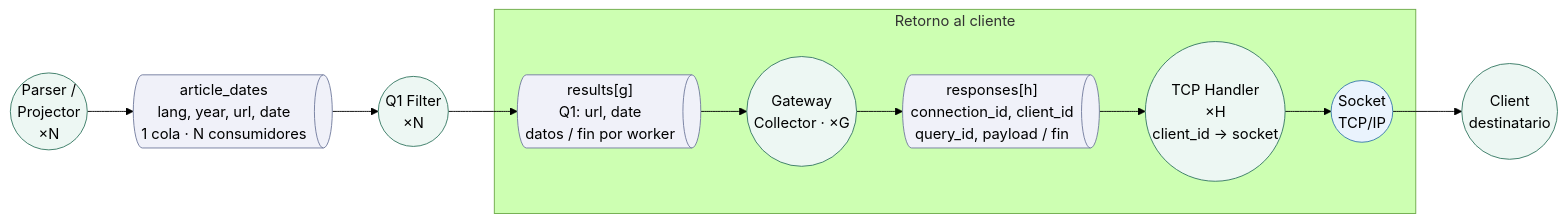
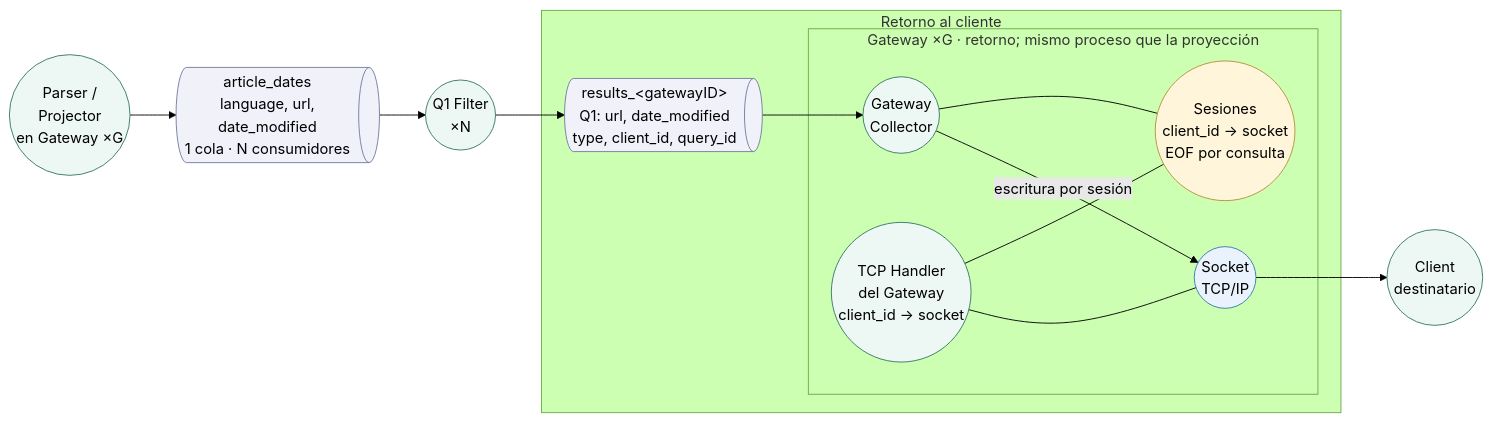
The diagram in Diagramas/Robustez/DIagrama-robustez-q1.mmd (NicoPodesta/trabajo-final-distribuidos), drawn with Mermaid (forest theme) before and after one commit. The commit also changed 13 other files, not shown here.

Commit message:
Docs: Diagramas de robustez

```diff
--- a/Diagramas/Robustez/DIagrama-robustez-q1.mmd
+++ b/Diagramas/Robustez/DIagrama-robustez-q1.mmd
@@ -1,36 +1,41 @@
 %% Q1 · artículos en inglés hasta 2020
 %% Fuente semántica; SVG y PNG usan una distribución fija para conservar legibilidad.
-%% Cierres: notificación a todos los participantes después de procesar sus datos.
+%% Réplicas: se conserva el diseño previsto; la coordinación de cierre aún tiene pendientes.
+%% Parser, TCP Handler y Collector pertenecen al mismo proceso Gateway; se muestran en dos vistas.
 flowchart LR
     subgraph RETURN["Retorno al cliente"]
-    RQ@{ shape: h-cyl, label: "results[g]<br/>Q1: url, date<br/>datos / fin por worker" }
-    GW(("Gateway<br/>Collector · ×G"))
-    RESPQ@{ shape: h-cyl, label: "responses[h]<br/>connection_id, client_id<br/>query_id, payload / fin" }
-    RX(("TCP Handler<br/>×H<br/>client_id → socket"))
+    RQ@{ shape: h-cyl, label: "results_&lt;gatewayID&gt;<br/>Q1: url, date_modified<br/>type, client_id, query_id" }
+    subgraph GATEWAY["Gateway ×G · retorno; mismo proceso que la proyección"]
+    GW(("Gateway<br/>Collector"))
+    SESSION(("Sesiones<br/>client_id → socket<br/>EOF por consulta"))
+    RX(("TCP Handler<br/>del Gateway<br/>client_id → socket"))
     API(("Socket<br/>TCP/IP"))
     end
-    P(("Parser /<br/>Projector<br/>×N"))
-    Q1Q@{ shape: h-cyl, label: "article_dates<br/>lang, year, url, date<br/>1 cola · N consumidores" }
+    end
+    P(("Parser /<br/>Projector<br/>en Gateway ×G"))
+    Q1Q@{ shape: h-cyl, label: "article_dates<br/>language, url,<br/>date_modified<br/>1 cola · N consumidores" }
     Q1(("Q1 Filter<br/>×N"))
     C(("Client<br/>destinatario"))
     P --> Q1Q
     Q1Q --> Q1
     RQ --> GW
-    GW --> RESPQ
-    RESPQ --> RX
-    RX --> API
+    GW --- SESSION
+    RX --- SESSION
+    RX --- API
+    GW -->|escritura por sesión| API
     API --> C
     Q1 --> RQ
     classDef control fill:#edf7f3,stroke:#377964;
     class P,Q1,GW,RX,C control;
     classDef boundary fill:#eaf3fd,stroke:#397bac;
     class API boundary;
     classDef entity fill:#fff5db,stroke:#b6903e;
+    class SESSION entity;
     classDef queue fill:#f0f1f9,stroke:#737d9e;
-    class Q1Q,RQ,RESPQ queue;
+    class Q1Q,RQ queue;
     classDef exchange fill:#f0f1f9,stroke:#737d9e;
     classDef file fill:#fff7e9,stroke:#ad8242;
     classDef actor fill:white,stroke:#526579;
-%% Recibe: Parser publica lang, year, url, date. La cola reparte los artículos entre N filtros.
-%% Emite: Cada coincidencia produce url y date en results[g], con client_id y query_id = Q1.
-%% Cuándo termina: Cada filtro cerró su entrada y publicó sus resultados. Gateway espera el fin de todos los filtros participantes de Q1.
+%% Recibe: La proyección del Gateway publica lotes de language, url y date_modified. La cola reparte los lotes entre N filtros.
+%% Emite: Publica las coincidencias del lote: url y date_modified. Un lote sin coincidencias no publica resultados ni EOF.
+%% Cuándo termina: Hoy Q1 publica EOF al recibir el fin de entrada. Todavía falta coordinar el cierre entre réplicas de Q1; Gateway registra EOF por consulta.
```
